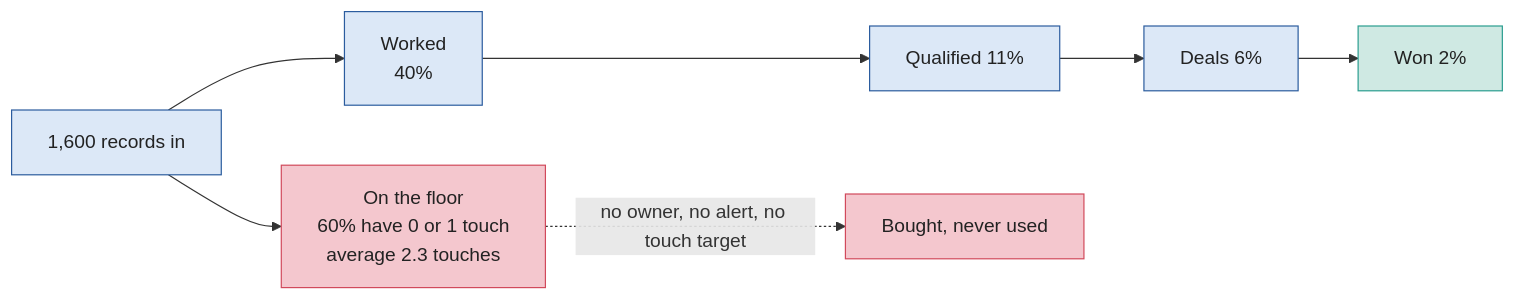
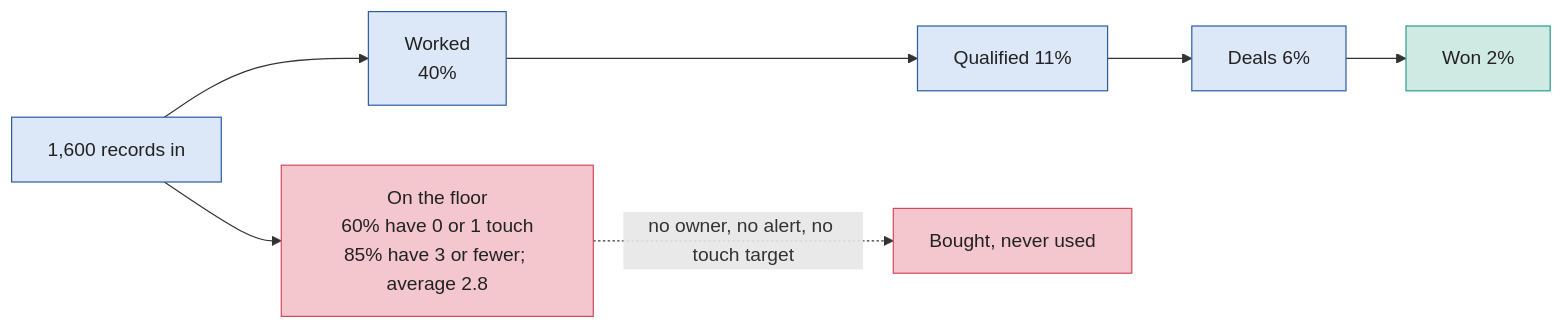
One commit to rbanola1/RevOps-Portfolio changed the first of 2 diagrams in 11-pipeline-health-analysis/diagrams/crm_factory.md. Above: the diagram before and after it, drawn with Mermaid. The commit also changed 26 other files, not shown here.

````diff
--- a/11-pipeline-health-analysis/diagrams/crm_factory.md
+++ b/11-pipeline-health-analysis/diagrams/crm_factory.md
@@ -6,13 +6,13 @@
 ```mermaid
 flowchart LR
-    IN["1,600 records in"] --> FL["On the floor<br>60% have 0 or 1 touch<br>average 2.3 touches"]
+    IN["1,600 records in"] --> FL["On the floor<br>60% have 0 or 1 touch<br>85% have 3 or fewer; average 2.8"]
     IN --> W["Worked<br>40%"]
     W --> Q["Qualified 11%"] --> D["Deals 6%"] --> X["Won 2%"]
     FL -.->|"no owner, no alert, no touch target"| LOST["Bought, never used"]
     classDef a fill:#DCE8F7,stroke:#2B5C9E,color:#222
     classDef g fill:#CFE9E3,stroke:#2A9D8F,color:#222
     classDef r fill:#F4C7CE,stroke:#D1495B,color:#222
     class IN,W,Q,D a
     class X g
     class FL,LOST r
 ```
````
